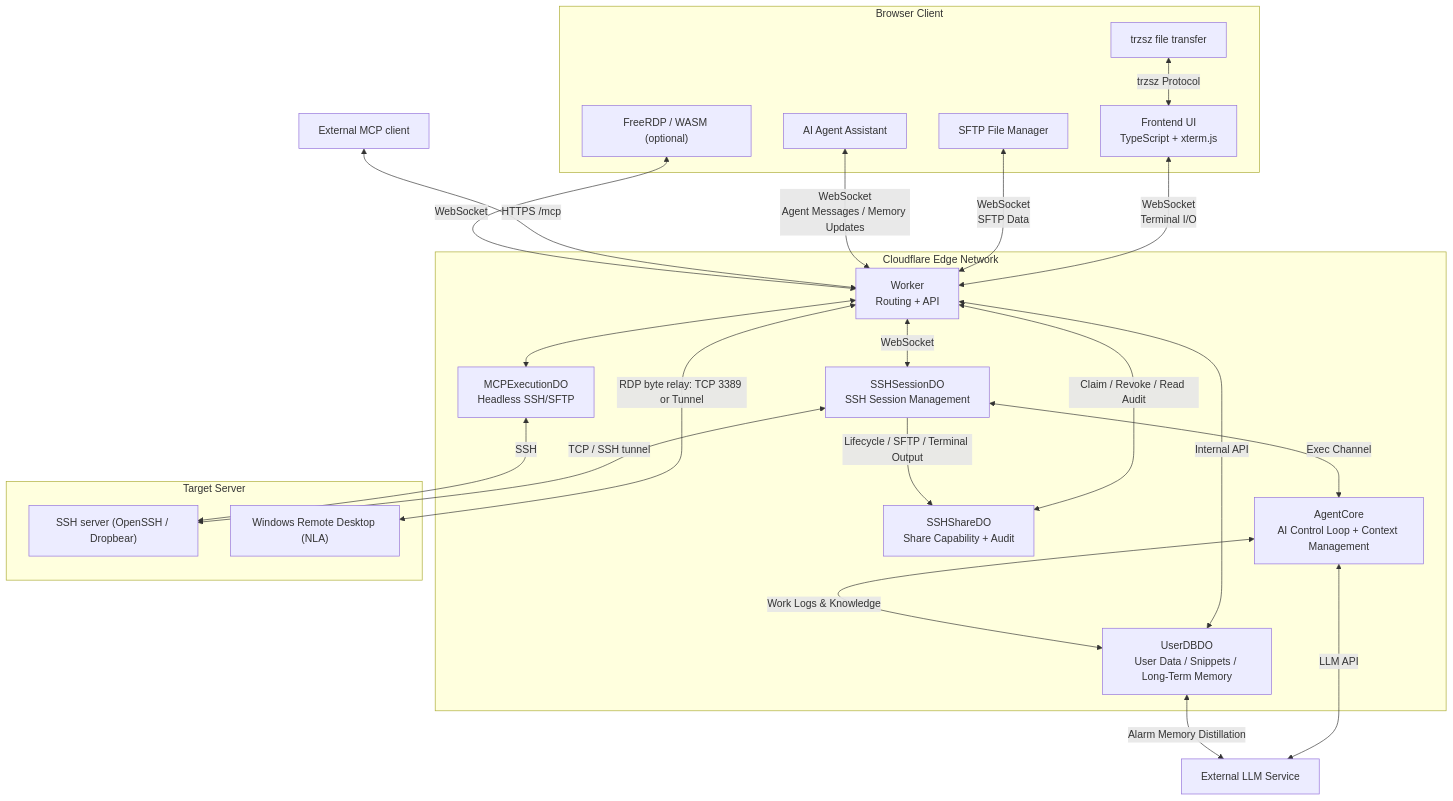
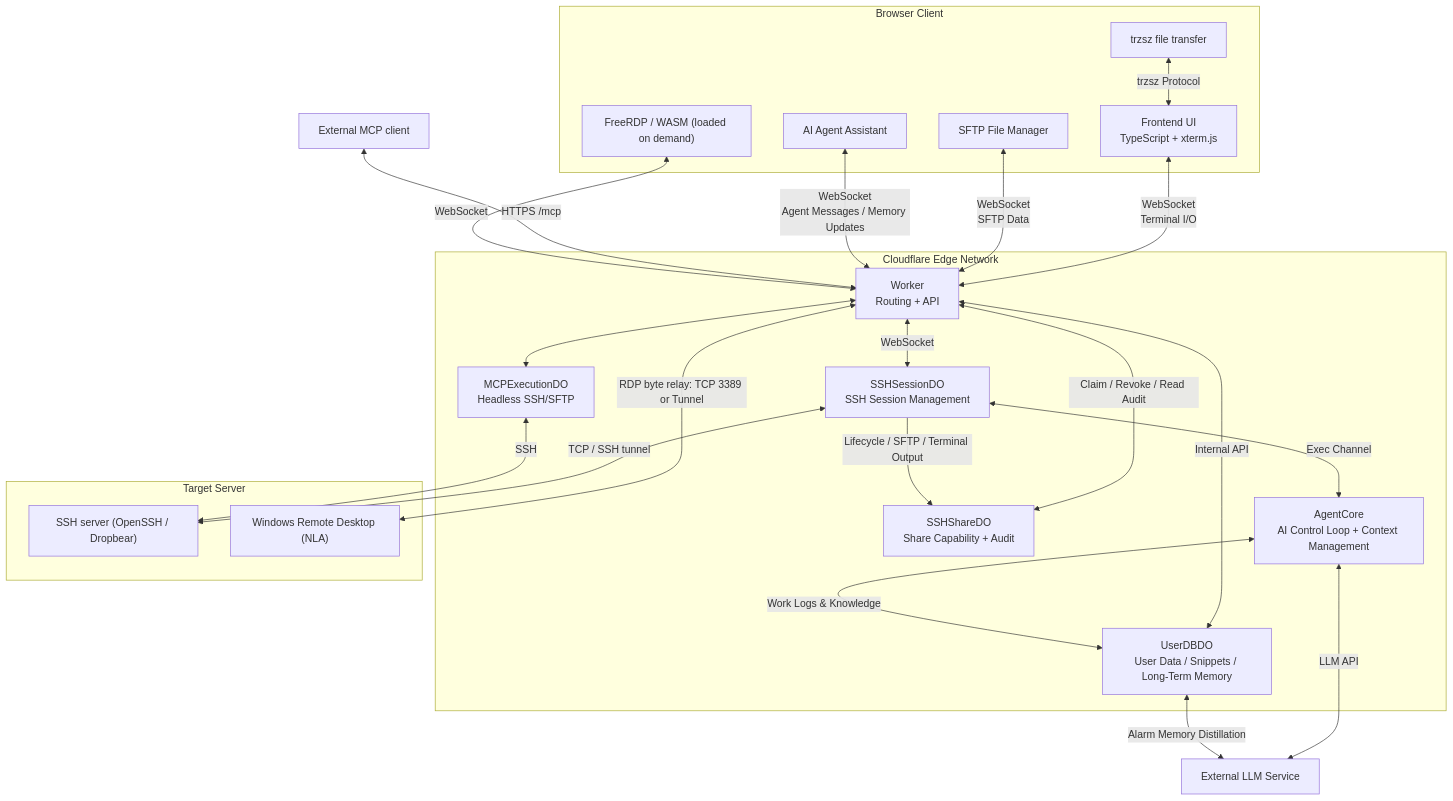
One commit to newbietan/CloudSSH changed the diagram in README_en.md. Above: the diagram before and after it, drawn with Mermaid. The commit also changed other lines of this file and 18 other files, not shown here.

````diff
--- a/README_en.md
+++ b/README_en.md
@@ -152,43 +152,43 @@
 ```mermaid
 flowchart TB
     subgraph "Browser Client"
         UI["Frontend UI<br/>TypeScript + xterm.js"]
         SFTP["SFTP File Manager"]
         Agent["AI Agent Assistant"]
         Trzsz["trzsz file transfer"]
-        RDP["FreeRDP / WASM (optional)"]
+        RDP["FreeRDP / WASM (loaded on demand)"]
     end
 
     subgraph "Cloudflare Edge Network"
         Worker["Worker<br/>Routing + API"]
         SSH_DO["SSHSessionDO<br/>SSH Session Management"]
         User_DO["UserDBDO<br/>User Data / Snippets / Long-Term Memory"]
         Share_DO["SSHShareDO<br/>Share Capability + Audit"]
         MCP_DO["MCPExecutionDO<br/>Headless SSH/SFTP"]
         AgentCore["AgentCore<br/>AI Control Loop + Context Management"]
     end
 
     subgraph "Target Server"
         SSH["SSH server (OpenSSH / Dropbear)"]
         Windows["Windows Remote Desktop (NLA)"]
     end
 
     UI <-->|"WebSocket<br/>Terminal I/O"| Worker
     SFTP <-->|"WebSocket<br/>SFTP Data"| Worker
     Agent <-->|"WebSocket<br/>Agent Messages / Memory Updates"| Worker
     Trzsz <-->|"trzsz Protocol"| UI
     Worker <-->|"WebSocket"| SSH_DO
     Worker <-->|"Internal API"| User_DO
     Worker <-->|"Claim / Revoke / Read Audit"| Share_DO
     SSH_DO -->|"Lifecycle / SFTP / Terminal Output"| Share_DO
     SSH_DO <-->|"TCP / SSH tunnel"| SSH
     Client["External MCP client"] <-->|"HTTPS /mcp"| Worker
     Worker <--> MCP_DO
     MCP_DO <-->|"SSH"| SSH
     RDP <-->|"WebSocket"| Worker
     Worker <-->|"RDP byte relay: TCP 3389 or Tunnel"| Windows
     SSH_DO <-->|"Exec Channel"| AgentCore
     AgentCore <-->|"Work Logs & Knowledge"| User_DO
     AgentCore <-->|"LLM API"| External["External LLM Service"]
     User_DO <-->|"Alarm Memory Distillation"| External
 ```
````
